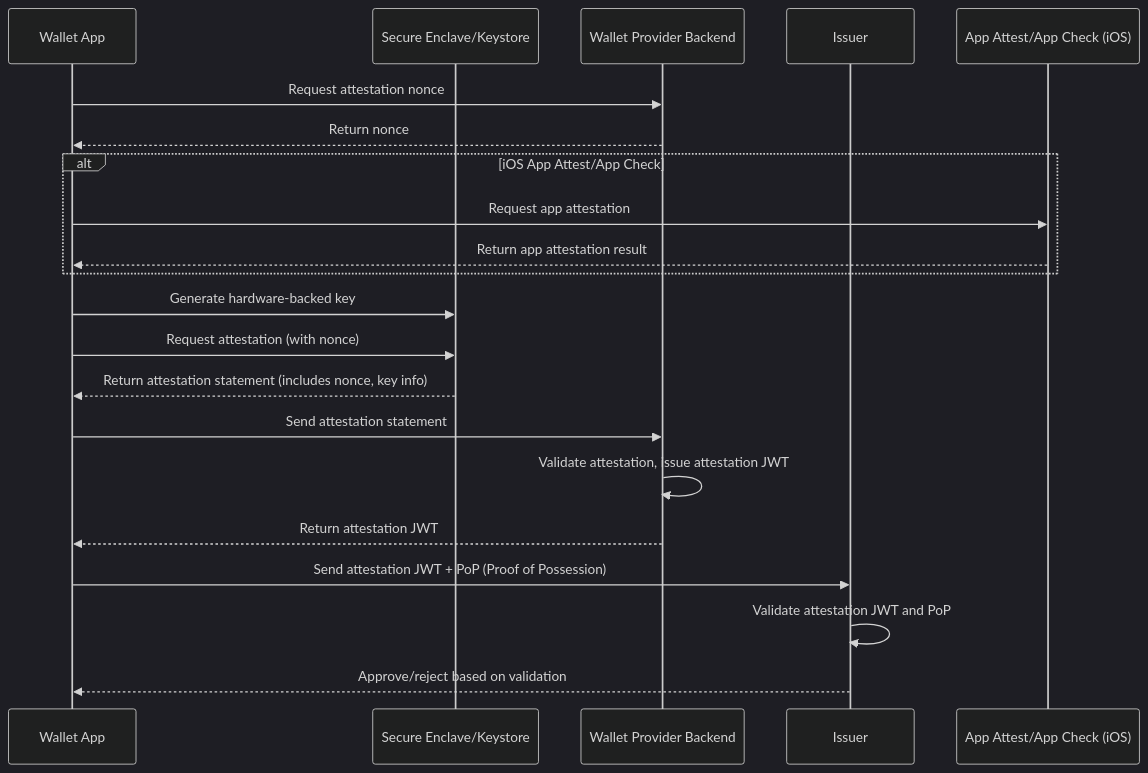
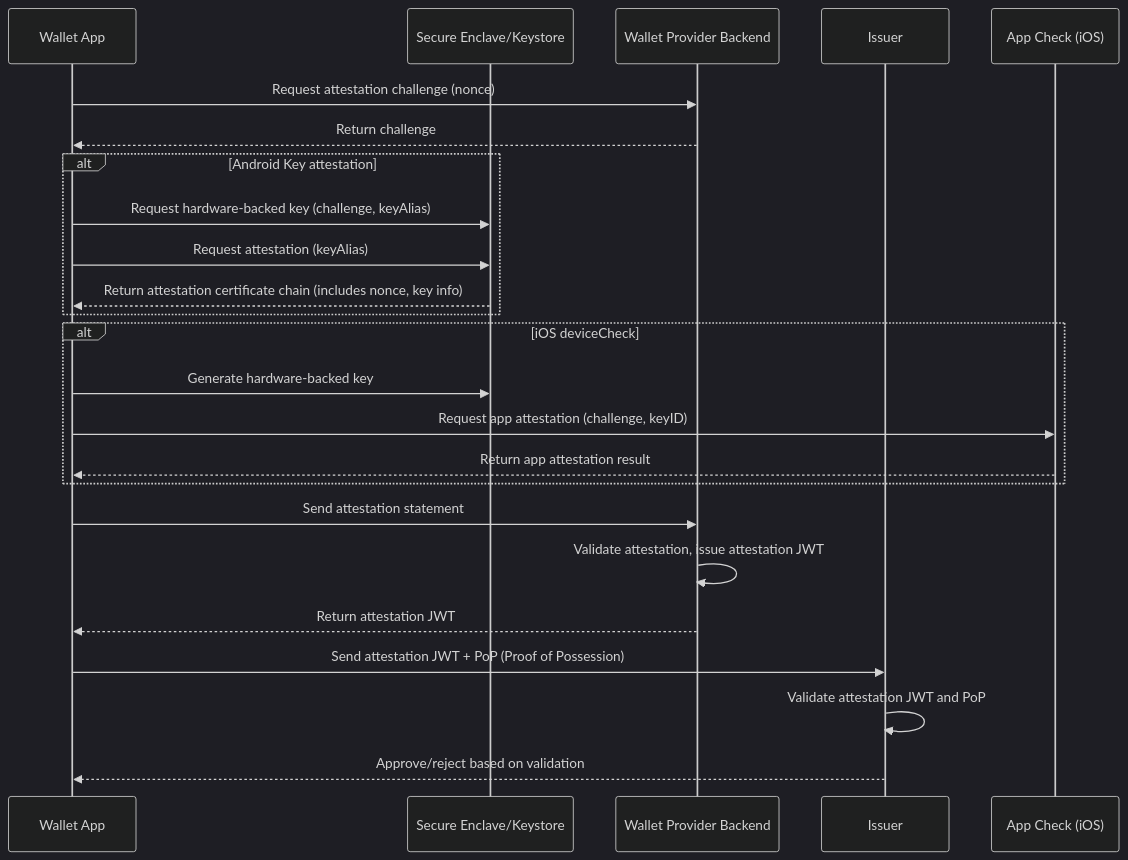
One commit to openwallet-foundation/bifold-wallet changed the diagram in docs/wallet-attestation.md. Above: the diagram before and after it, drawn with Mermaid (dark theme). The commit also changed other lines of this file, not shown here.

Commit message:
fix diagram for Android or IOS flow

````diff
--- a/docs/wallet-attestation.md
+++ b/docs/wallet-attestation.md
@@ -115,24 +115,27 @@
 ```mermaid
 sequenceDiagram
    participant Wallet as Wallet App
    participant SecureArea as Secure Enclave/Keystore
    participant Backend as Wallet Provider Backend
    participant Issuer as Issuer
-   participant AppCheck as App Attest/App Check (iOS)
+   participant AppCheck as App Check (iOS)
 
-   Wallet->>Backend: Request attestation nonce
-   Backend-->>Wallet: Return nonce
-   alt iOS App Attest/App Check
-      Wallet->>AppCheck: Request app attestation
-      AppCheck-->>Wallet: Return app attestation result
-   end
-   Wallet->>SecureArea: Generate hardware-backed key
-   Wallet->>SecureArea: Request attestation (with nonce)
-   SecureArea-->>Wallet: Return attestation statement (includes nonce, key info)
+   Wallet->>Backend: Request attestation challenge (nonce)
+   Backend-->>Wallet: Return challenge
+      alt Android Key attestation
+         Wallet->>SecureArea: Request hardware-backed key (challenge, keyAlias)
+         Wallet->>SecureArea: Request attestation (keyAlias) 
+         SecureArea-->>Wallet: Return attestation certificate chain (includes nonce, key info)
+      end
+      alt iOS deviceCheck
+         Wallet->>SecureArea: Generate hardware-backed key
+         Wallet->>AppCheck: Request app attestation (challenge, keyID)
+         AppCheck-->>Wallet: Return app attestation result
+      end
    Wallet->>Backend: Send attestation statement
    Backend->>Backend: Validate attestation, issue attestation JWT
    Backend-->>Wallet: Return attestation JWT
    Wallet->>Issuer: Send attestation JWT + PoP (Proof of Possession)
    Issuer->>Issuer: Validate attestation JWT and PoP
    Issuer-->>Wallet: Approve/reject based on validation
 ```
````
